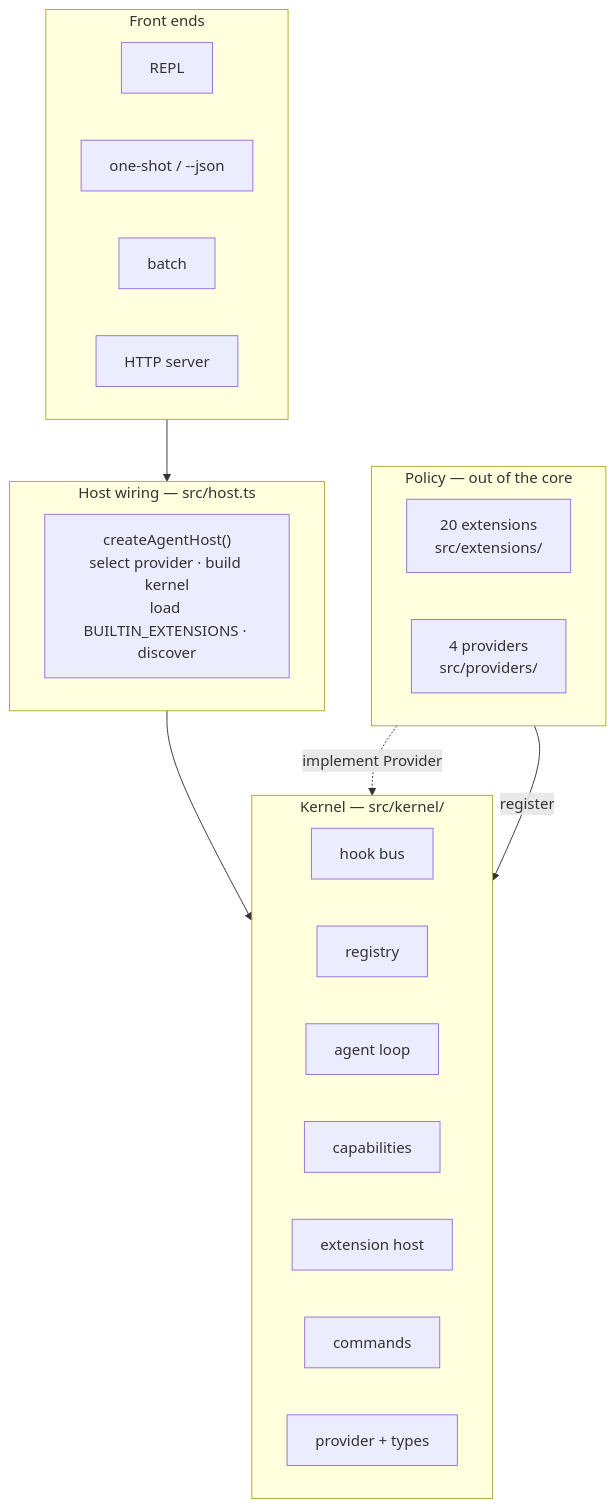
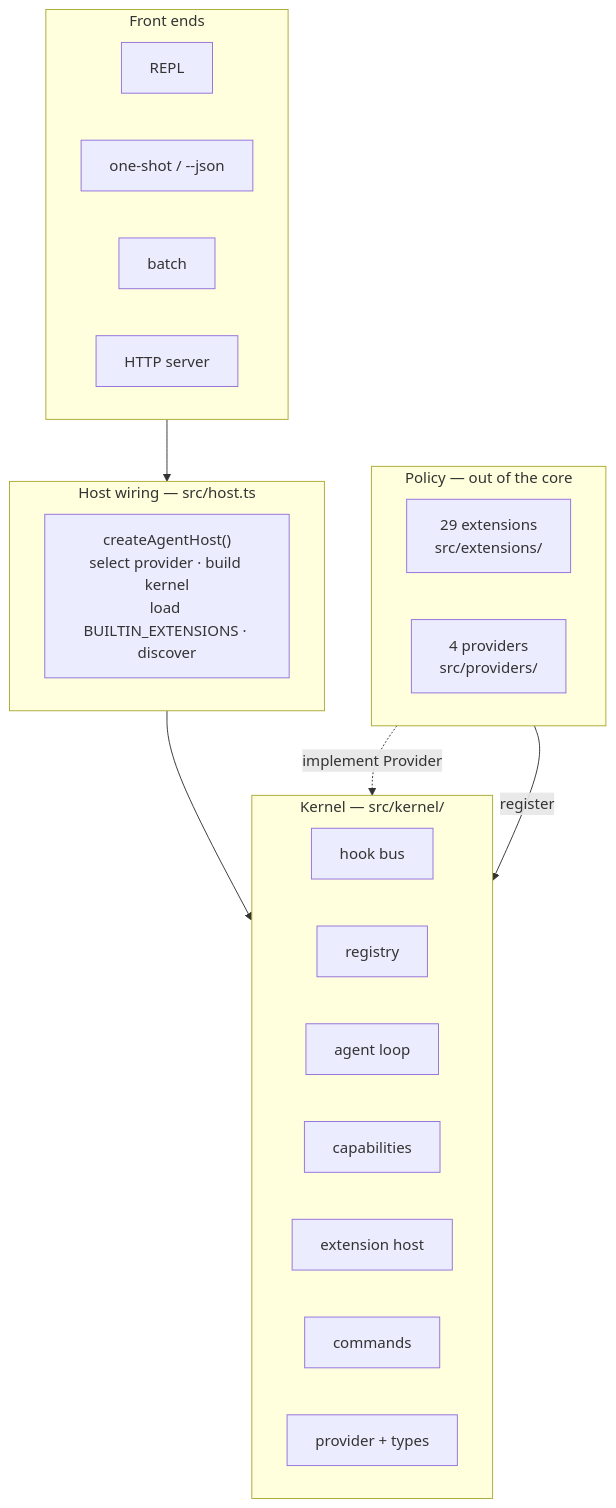
One commit to caohaotiantian/EAgent changed the first of 10 diagrams in ARCHITECTURE.md. Above: the diagram before and after it, drawn with Mermaid. The commit also changed other lines of this file and 6 other files, not shown here.

````diff
--- a/ARCHITECTURE.md
+++ b/ARCHITECTURE.md
@@ -27,32 +27,32 @@
 ```mermaid
 flowchart TB
     subgraph L4["Front ends"]
         direction LR
         REPL["REPL"]
         ONE["one-shot / --json"]
         BATCH["batch"]
         HTTP["HTTP server"]
     end
     subgraph L3["Host wiring — src/host.ts"]
         HOST["createAgentHost()<br/>select provider · build kernel<br/>load BUILTIN_EXTENSIONS · discover"]
     end
     subgraph L2["Kernel — src/kernel/"]
         direction LR
         HOOKS["hook bus"]
         REG["registry"]
         LOOP["agent loop"]
         CAPS["capabilities"]
         EXT["extension host"]
         CMD["commands"]
         TYPES["provider + types"]
     end
     subgraph L1["Policy — out of the core"]
         direction LR
-        EXTS["20 extensions<br/>src/extensions/"]
+        EXTS["29 extensions<br/>src/extensions/"]
         PROVS["4 providers<br/>src/providers/"]
     end
 
     L4 --> L3 --> L2
     EXTS -->|register| L2
     PROVS -.->|implement Provider| TYPES
 ```
````
